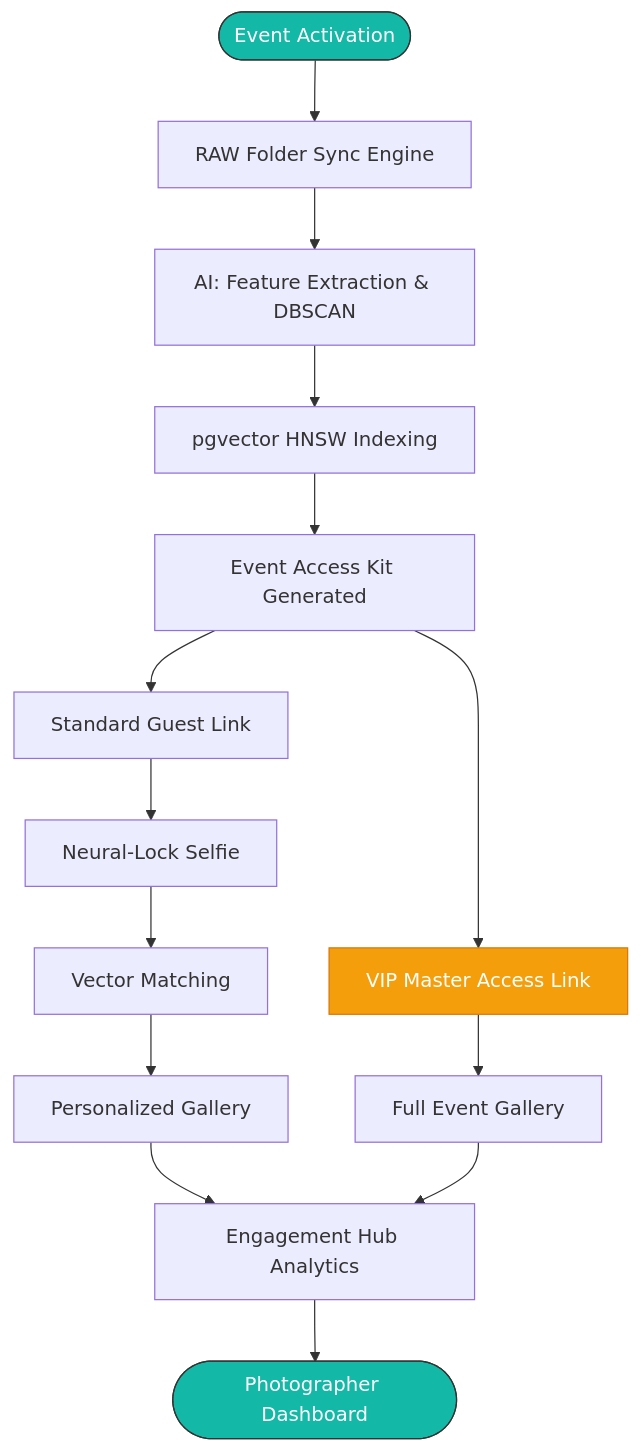
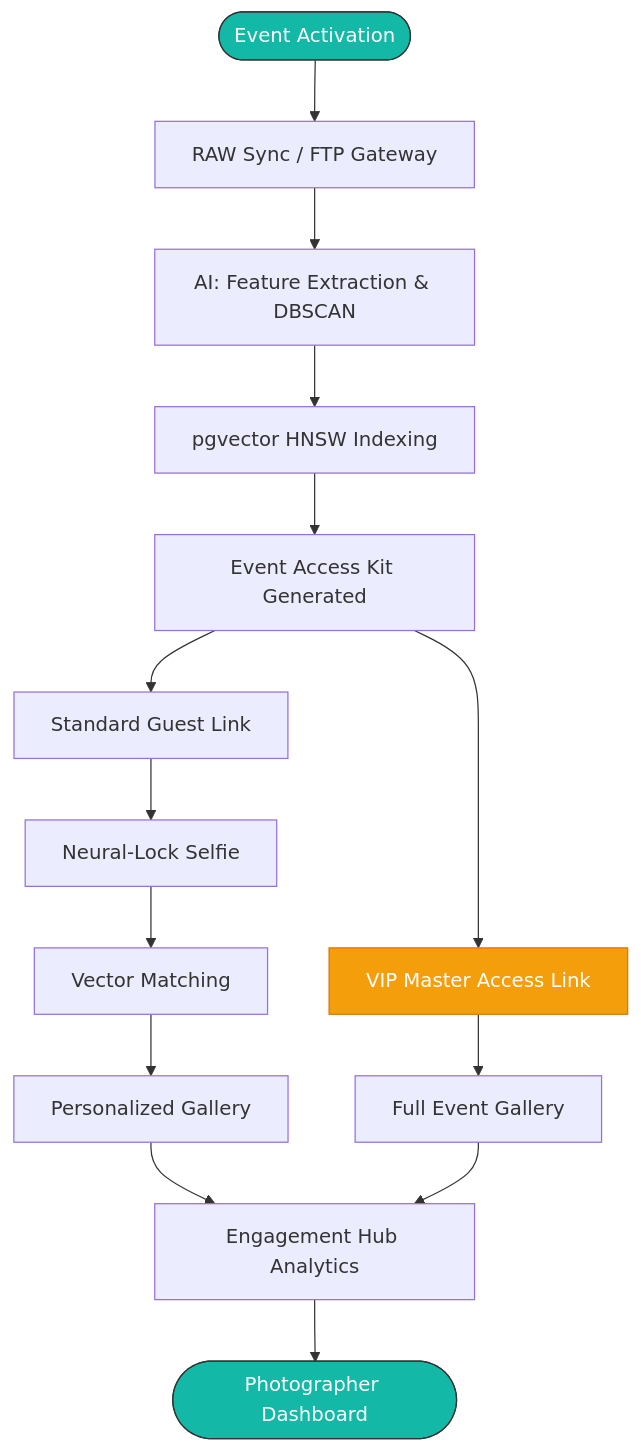
The fourth of 5 diagrams in README.md (JoelJose212/SnapMoment), drawn with Mermaid before and after one commit. The commit also changed other lines of this file, not shown here.

Commit message:
docs: Update README with Elite FTP Gateway and Mobile Ingestion features

````diff
--- a/README.md
+++ b/README.md
@@ -174,26 +176,26 @@
 ```mermaid
 flowchart TD
-    Start([Event Activation]) --> Sync[RAW Folder Sync Engine]
+    Start([Event Activation]) --> Sync[RAW Sync / FTP Gateway]
     Sync --> AI[AI: Feature Extraction & DBSCAN]
     AI --> Index[pgvector HNSW Indexing]
     
     Index --> Kit[Event Access Kit Generated]
     
     Kit --> Standard[Standard Guest Link]
     Kit --> VIP[VIP Master Access Link]
     
     Standard --> Selfie[Neural-Lock Selfie]
     Selfie --> Match[Vector Matching]
     Match --> PersGal[Personalized Gallery]
     
     VIP --> MasterGal[Full Event Gallery]
     
     PersGal --> Hub[Engagement Hub Analytics]
     MasterGal --> Hub
     
     Hub --> Intel([Photographer Dashboard])
 
     style Start fill:#14b8a6,stroke:#333,color:#fff
     style Intel fill:#14b8a6,stroke:#333,color:#fff
     style VIP fill:#f59e0b,stroke:#d97706,color:#fff
 ```
````
